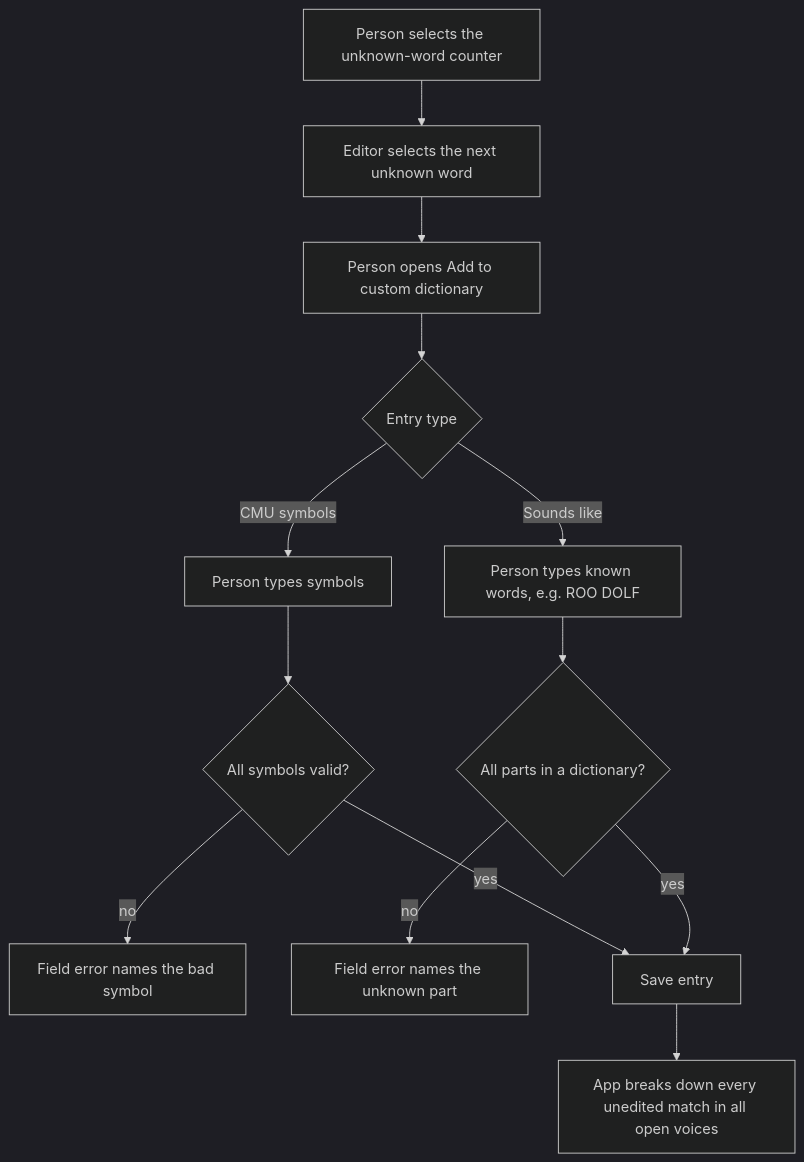
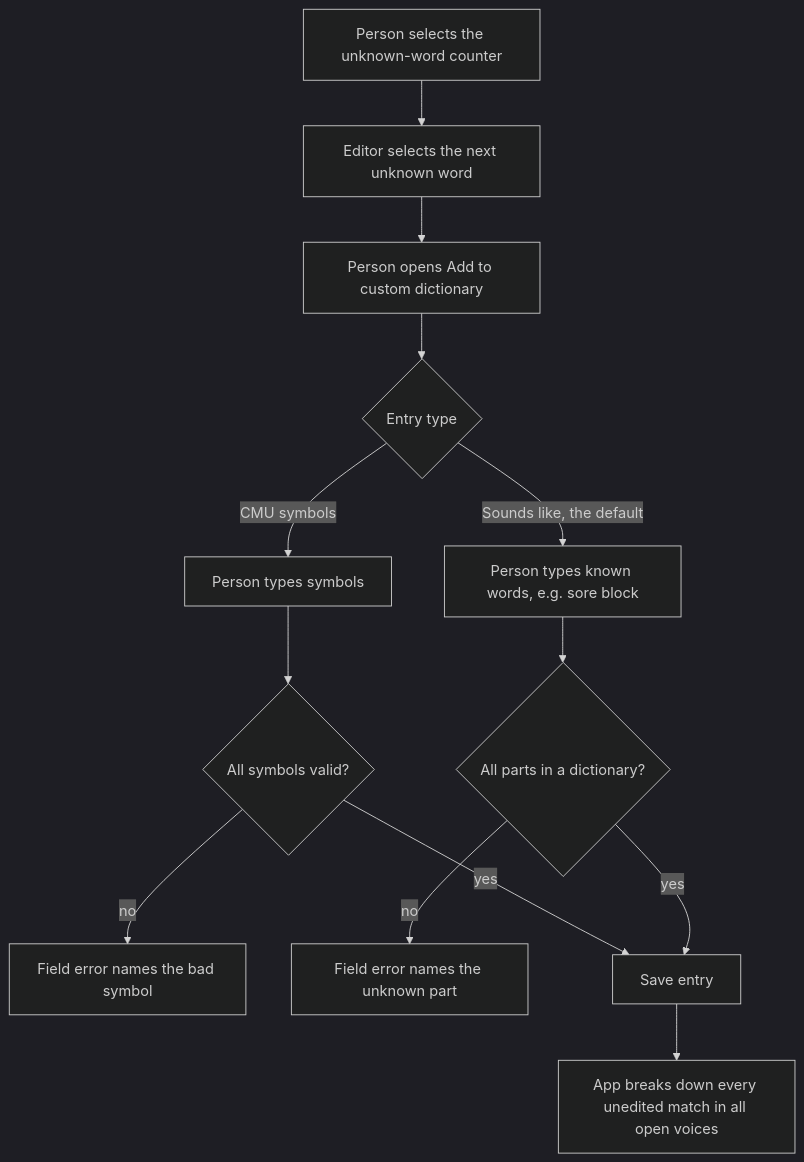
The second of 2 diagrams in docs/specs/features/03-phoneme-breakdown.md (sniper7kills/xlights-singing-face-timing), drawn with Mermaid (dark theme) before and after one commit. The commit also changed other lines of this file and 28 other files, not shown here.

````diff
--- a/docs/specs/features/03-phoneme-breakdown.md
+++ b/docs/specs/features/03-phoneme-breakdown.md
@@ -83,15 +91,15 @@
 ```mermaid
 flowchart TD
   A[Person selects the unknown-word counter] --> B[Editor selects the next unknown word]
   B --> C[Person opens Add to custom dictionary]
   C --> D{Entry type}
+  D -- Sounds like, the default --> F[Person types known words, e.g. sore block]
   D -- CMU symbols --> E[Person types symbols]
-  D -- Sounds like --> F[Person types known words, e.g. ROO DOLF]
   E --> G{All symbols valid?}
   F --> H{All parts in a dictionary?}
   G -- no --> X[Field error names the bad symbol]
   H -- no --> Y[Field error names the unknown part]
   G -- yes --> S[Save entry]
   H -- yes --> S
   S --> T[App breaks down every unedited match in all open voices]
 ```
````
